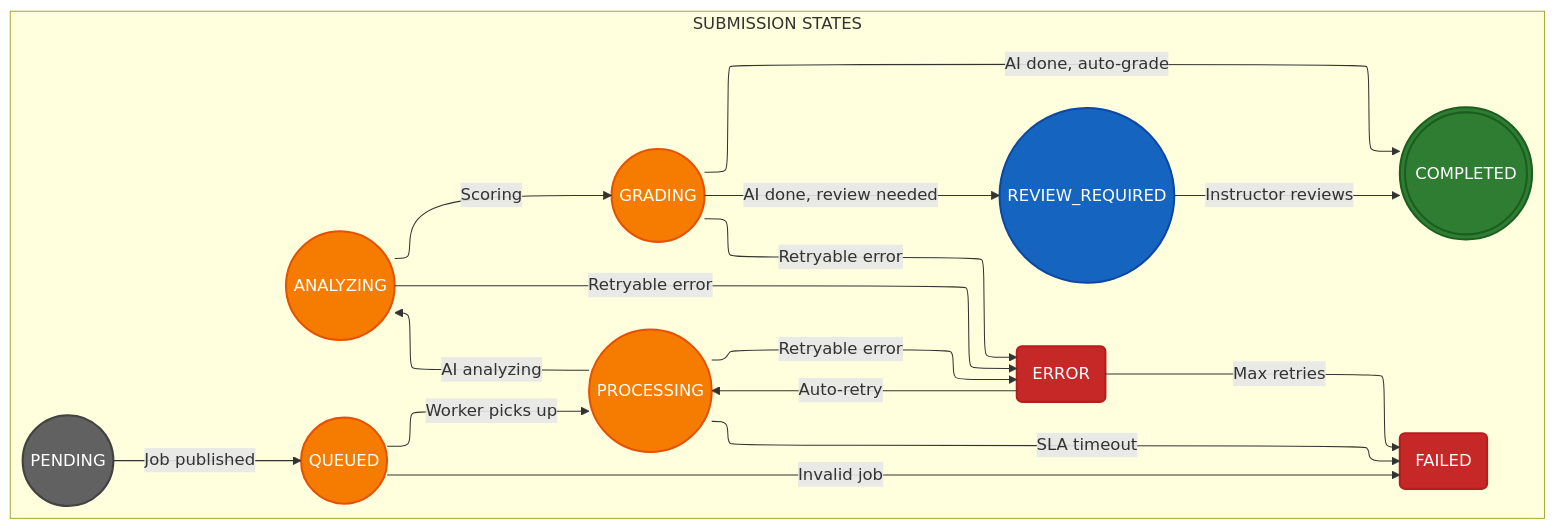
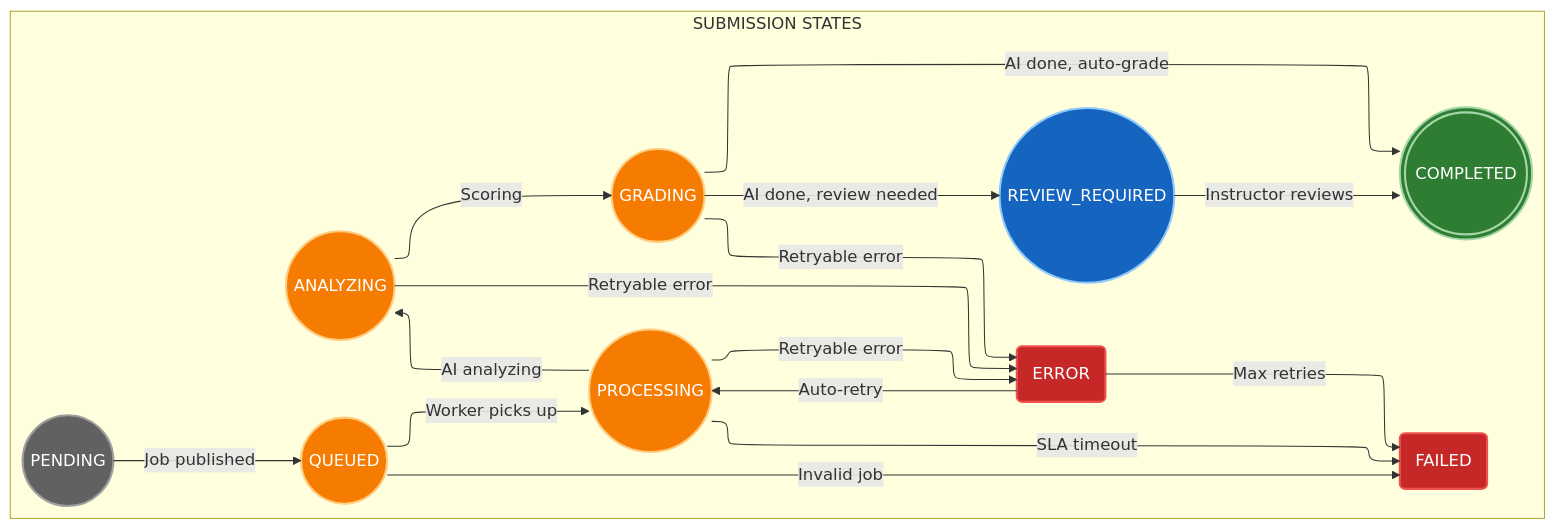
One commit to nghyane/VSTEP changed the fifth of 12 diagrams in docs/capstone/diagrams/flow-diagrams.vi.md. Above: the diagram before and after it, drawn with Mermaid. The commit also changed other lines of this file, not shown here.

First line of the commit message:
fix(docs): optimize diagram colors for dark/light mode compatibility

````diff
--- a/docs/capstone/diagrams/flow-diagrams.vi.md
+++ b/docs/capstone/diagrams/flow-diagrams.vi.md
@@ -228,49 +228,49 @@
 ```mermaid
 ---
 config:
   layout: elk
 ---
 flowchart TB
     subgraph States["SUBMISSION STATES"]
         direction LR
         PENDING@{ shape: circle, label: "PENDING" }
         QUEUED@{ shape: circle, label: "QUEUED" }
         PROCESSING@{ shape: circle, label: "PROCESSING" }
         ANALYZING@{ shape: circle, label: "ANALYZING" }
         GRADING@{ shape: circle, label: "GRADING" }
         COMPLETED@{ shape: dbl-circ, label: "COMPLETED" }
         ERROR@{ shape: rounded, label: "ERROR" }
         FAILED@{ shape: rounded, label: "FAILED" }
         REVIEW@{ shape: circle, label: "REVIEW_REQUIRED" }
     end
 
     PENDING -->|"Job published"| QUEUED
     QUEUED -->|"Worker picks up"| PROCESSING
     PROCESSING -->|"AI analyzing"| ANALYZING
     ANALYZING -->|"Scoring"| GRADING
     GRADING -->|"AI done, auto-grade"| COMPLETED
     GRADING -->|"AI done, review needed"| REVIEW
     REVIEW -->|"Instructor reviews"| COMPLETED
     
     PROCESSING -->|"Retryable error"| ERROR
     ANALYZING -->|"Retryable error"| ERROR
     GRADING -->|"Retryable error"| ERROR
     
     ERROR -->|"Auto-retry"| PROCESSING
     ERROR -->|"Max retries"| FAILED
     
     QUEUED -->|"Invalid job"| FAILED
     PROCESSING -->|"SLA timeout"| FAILED
 
-    classDef pending fill:#616161,stroke:#424242,stroke-width:2px,color:#fff
-    classDef active fill:#f57c00,stroke:#e65100,stroke-width:2px,color:#fff
-    classDef success fill:#2e7d32,stroke:#1b5e20,stroke-width:2px,color:#fff
-    classDef error fill:#c62828,stroke:#b71c1c,stroke-width:2px,color:#fff
-    classDef review fill:#1565c0,stroke:#0d47a1,stroke-width:2px,color:#fff
+    classDef pending fill:#616161,stroke:#9e9e9e,stroke-width:2px,color:#fff
+    classDef active fill:#f57c00,stroke:#ffcc80,stroke-width:2px,color:#fff
+    classDef success fill:#2e7d32,stroke:#a5d6a7,stroke-width:2px,color:#fff
+    classDef error fill:#c62828,stroke:#ef5350,stroke-width:2px,color:#fff
+    classDef review fill:#1565c0,stroke:#90caf9,stroke-width:2px,color:#fff
 
     class PENDING pending
     class QUEUED,PROCESSING,ANALYZING,GRADING active
     class COMPLETED success
     class ERROR,FAILED error
     class REVIEW review
 ```
````
